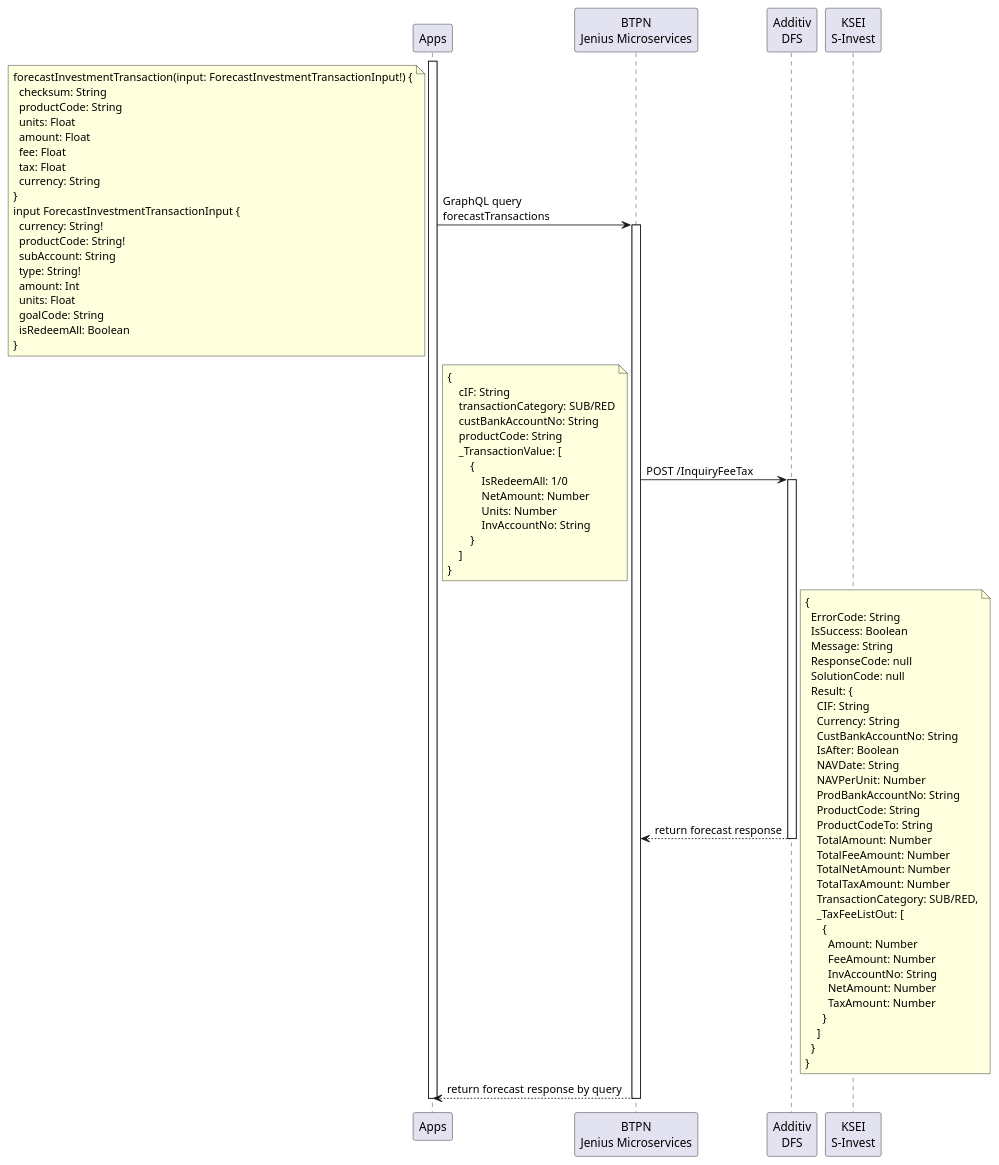
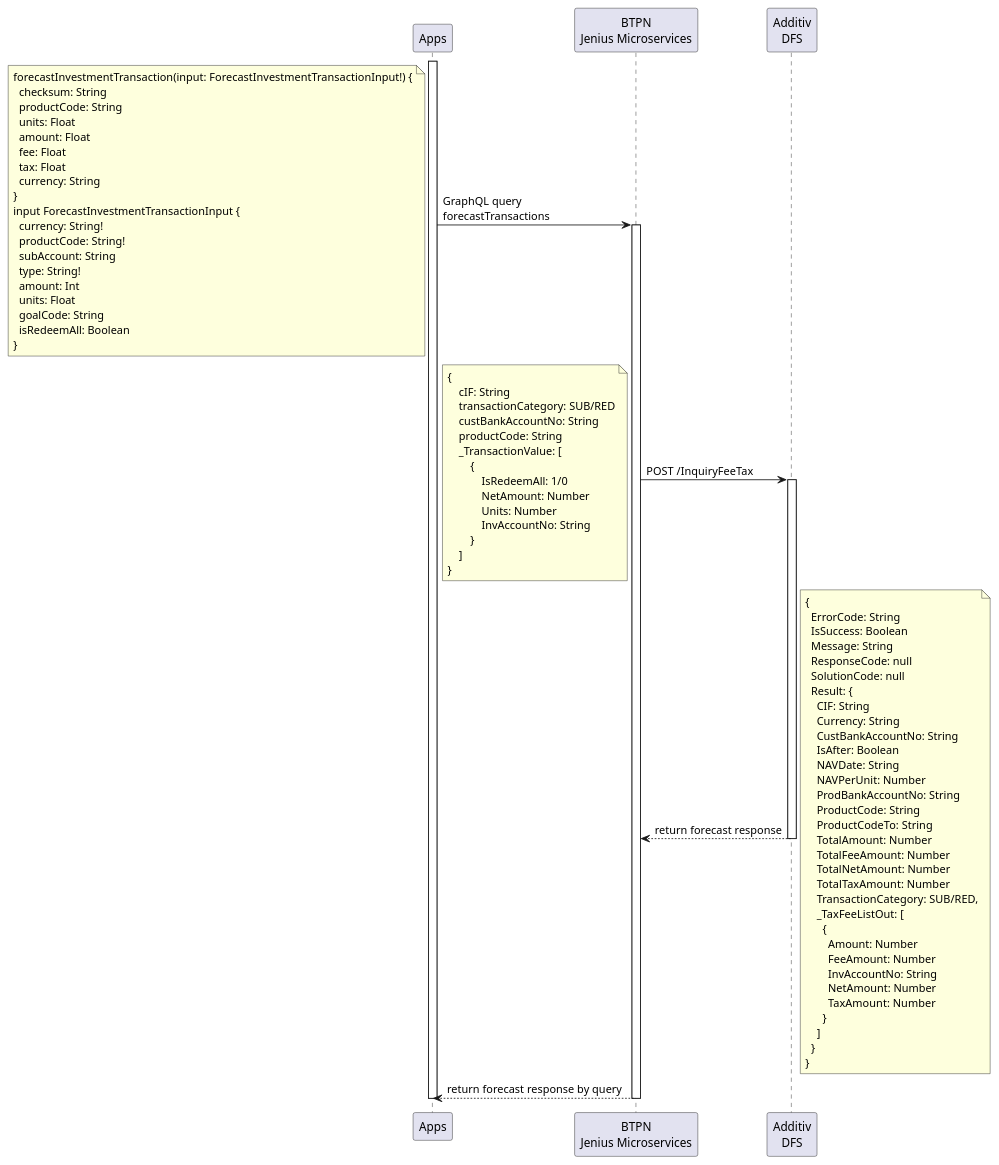
One commit to iksena/jenius-uml changed the diagram in jeniusDfs/forecasts.puml. Above: the diagram before and after it, drawn with PlantUML. The commit also changed 7 other files, not shown here.

```diff
--- a/jeniusDfs/forecasts.puml
+++ b/jeniusDfs/forecasts.puml
@@ -1,89 +1,88 @@
 @startuml forecast
 participant "Apps" as app
 participant "BTPN\nJenius Microservices" as ms
 participant "Additiv\nDFS" as dfs
-participant "KSEI\nS-Invest" as ksei
 
 activate app
 app -> ms: GraphQL query\nforecastTransactions
 note left
 forecastInvestmentTransaction(input: ForecastInvestmentTransactionInput!) {
   checksum: String
   productCode: String
   units: Float
   amount: Float
   fee: Float
   tax: Float
   currency: String
 }
 input ForecastInvestmentTransactionInput {
   currency: String!
   productCode: String!
   subAccount: String
   type: String!
   amount: Int
   units: Float
   goalCode: String
   isRedeemAll: Boolean
 }
 end note
 activate ms
 ms -> dfs: POST /InquiryFeeTax
 note left
 {
     cIF: String
     transactionCategory: SUB/RED
     custBankAccountNo: String
     productCode: String
     _TransactionValue: [
         {
             IsRedeemAll: 1/0
             NetAmount: Number
             Units: Number
             InvAccountNo: String
         }
     ]
 }
 end note
 activate dfs
 dfs --> ms: return forecast response
 note right
 {
   ErrorCode: String
   IsSuccess: Boolean
   Message: String
   ResponseCode: null
   SolutionCode: null
   Result: {
     CIF: String
     Currency: String
     CustBankAccountNo: String
     IsAfter: Boolean
     NAVDate: String
     NAVPerUnit: Number
     ProdBankAccountNo: String
     ProductCode: String
     ProductCodeTo: String
     TotalAmount: Number
     TotalFeeAmount: Number
     TotalNetAmount: Number
     TotalTaxAmount: Number
     TransactionCategory: SUB/RED,
     _TaxFeeListOut: [
       {
         Amount: Number
         FeeAmount: Number
         InvAccountNo: String
         NetAmount: Number
         TaxAmount: Number
       }
     ]
   }
 }
 end note
 deactivate dfs
 ms --> app: return forecast response by query
 deactivate ms
 deactivate app
 
 @enduml
```
